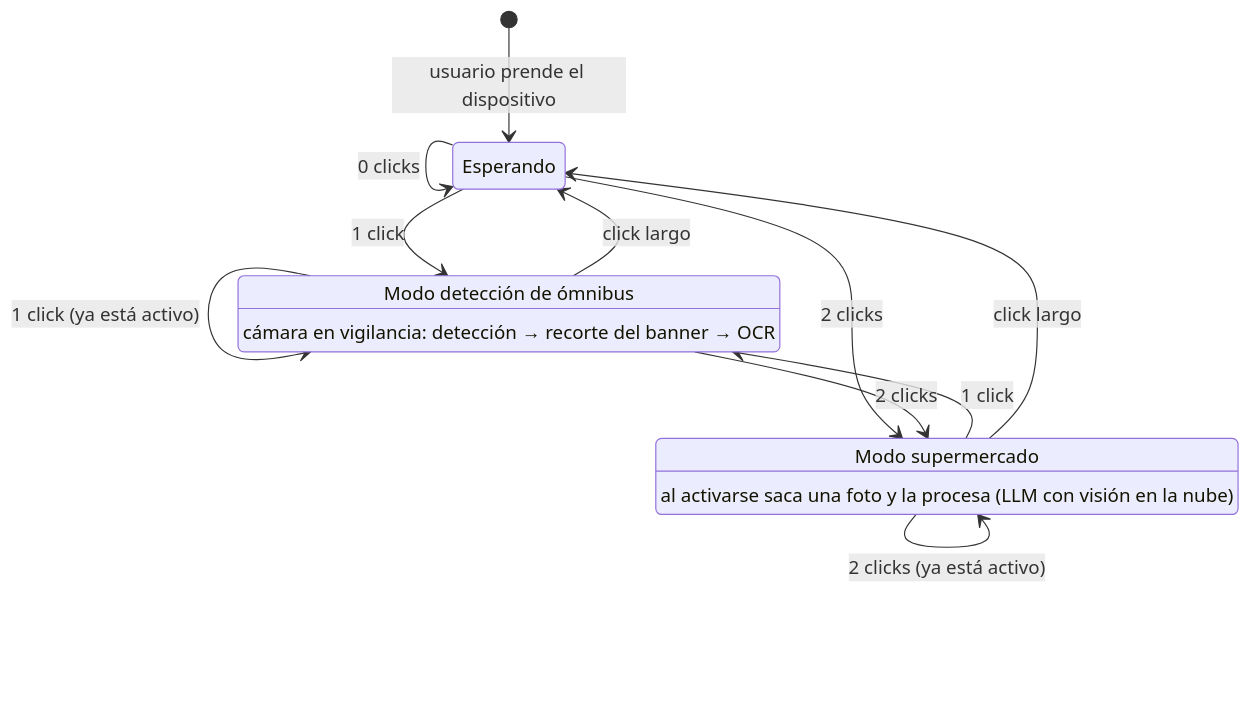
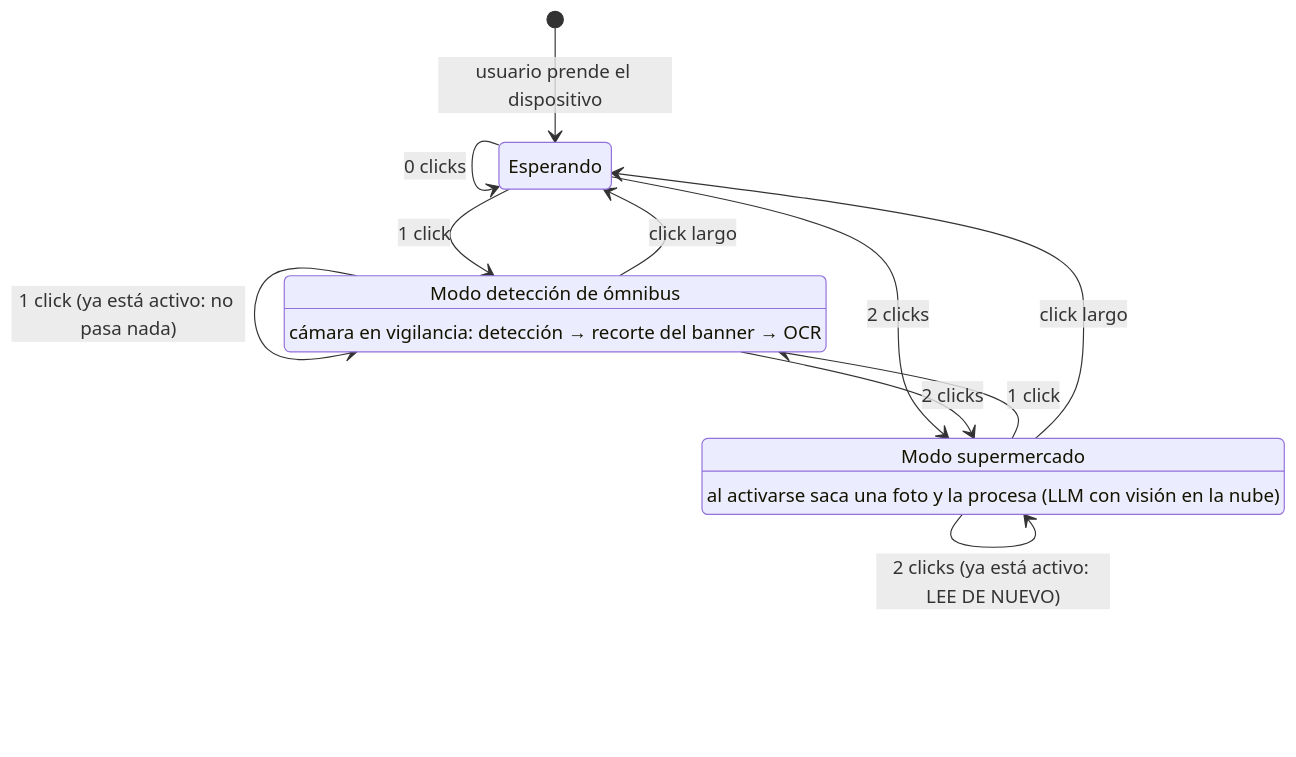
One commit to juanlu-a/viro_vision changed the first of 4 diagrams in docs/architecture/README.md. Above: the diagram before and after it, drawn with Mermaid. The commit also changed other lines of this file and 14 other files, not shown here.

````diff
--- a/docs/architecture/README.md
+++ b/docs/architecture/README.md
@@ -27,22 +27,22 @@
 ```mermaid
 stateDiagram-v2
     [*] --> Esperando : usuario prende el dispositivo
     Esperando --> Esperando : 0 clicks
 
     Esperando --> ModoOmnibus : 1 click
     Esperando --> ModoSupermercado : 2 clicks
 
     ModoOmnibus : Modo detección de ómnibus
     ModoOmnibus : cámara en vigilancia: detección → recorte del banner → OCR
     ModoSupermercado : Modo supermercado
     ModoSupermercado : al activarse saca una foto y la procesa (LLM con visión en la nube)
 
     ModoOmnibus --> ModoSupermercado : 2 clicks
     ModoSupermercado --> ModoOmnibus : 1 click
 
-    ModoOmnibus --> ModoOmnibus : 1 click (ya está activo)
-    ModoSupermercado --> ModoSupermercado : 2 clicks (ya está activo)
+    ModoOmnibus --> ModoOmnibus : 1 click (ya está activo: no pasa nada)
+    ModoSupermercado --> ModoSupermercado : 2 clicks (ya está activo: LEE DE NUEVO)
 
     ModoOmnibus --> Esperando : click largo
     ModoSupermercado --> Esperando : click largo
 ```
````
